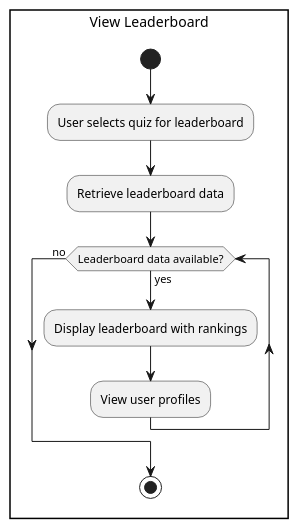
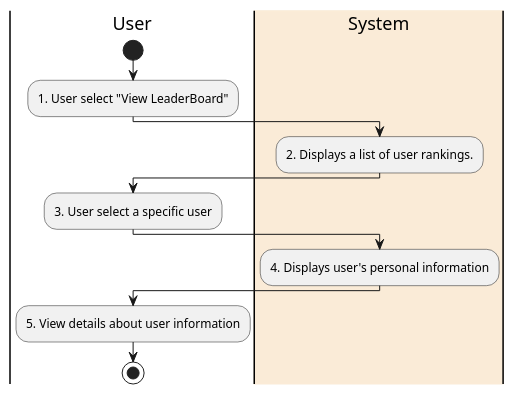
The diagram in Lab1/Lab1.2/Activitydiagram/ViewLeaderboard/ViewLeaderboard.plantuml (LeDuy0806/SE357-Practice-Class), drawn with PlantUML before and after one commit. The commit also changed 100 other files, not shown here.

```diff
--- a/Lab1/Lab1.2/Activitydiagram/ViewLeaderboard/ViewLeaderboard.plantuml
+++ b/Lab1/Lab1.2/Activitydiagram/ViewLeaderboard/ViewLeaderboard.plantuml
@@ -1,15 +1,15 @@
-@startuml View Leaderboard
+@startuml
+|User|
+start
+:1. User select "View LeaderBoard";
+|#AntiqueWhite|System|
+:2. Displays a list of user rankings.;
+|User|
+:3. User select a specific user;
+|#AntiqueWhite|System|
+:4. Displays user's personal information;
+|User|
+:5. View details about user information;
 
-rectangle "View Leaderboard" {
- 
-    start
-    :User selects quiz for leaderboard;
-    :Retrieve leaderboard data;
-    while (Leaderboard data available?) is (yes)
-    :Display leaderboard with rankings;
-    :View user profiles;
-    endwhile (no)
-    stop
-
-}
+stop
 @enduml
```
